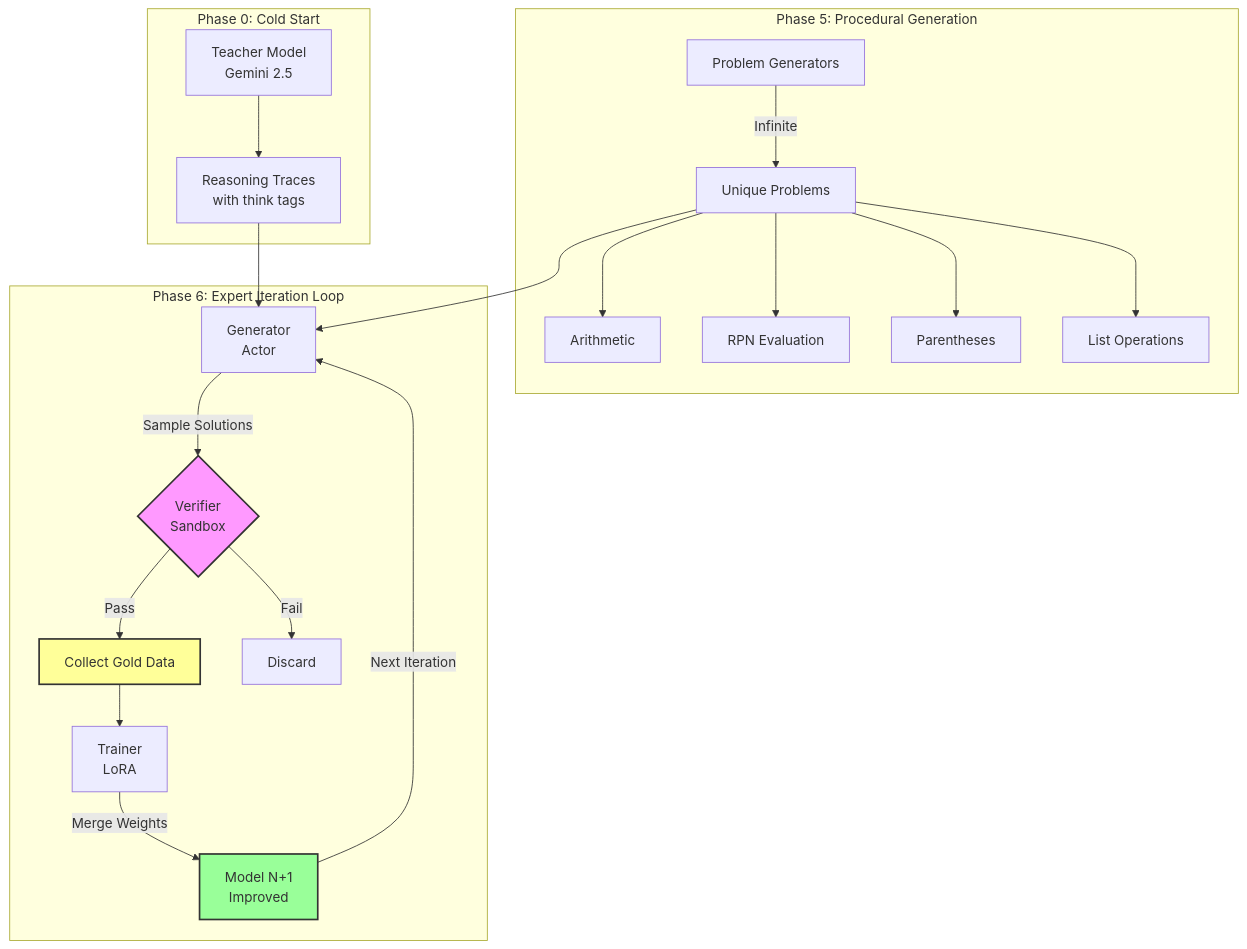
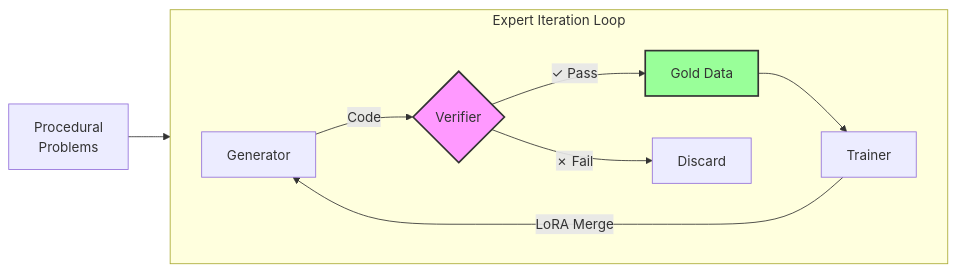
Before and after one commit to canivel/axiom-rl: the diagram in README.md, drawn with Mermaid.

Commit message:
Simplify architecture diagram to core loop
- Focus on Expert Iteration cycle: Generator → Verifier → Gold Data → Trainer
- Remove confusing phase subgraphs
- Left-to-right flow for clarity

🤖 Generated with [Claude Code](https://claude.com/claude-code)

````diff
--- a/README.md
+++ b/README.md
@@ -23,30 +23,16 @@
 ```mermaid
-graph TD
-    subgraph Phase0["Phase 0: Cold Start"]
-        T[Teacher Model<br/>Gemini 2.5] --> R[Reasoning Traces<br/>with think tags]
+graph LR
+    subgraph Loop["Expert Iteration Loop"]
+        direction LR
+        G[Generator] -->|Code| V{Verifier}
+        V -->|✓ Pass| D[Gold Data]
+        V -->|✗ Fail| X[Discard]
+        D --> T[Trainer]
+        T -->|LoRA Merge| G
     end
 
-    subgraph Phase5["Phase 5: Procedural Generation"]
-        P[Problem Generators] --> |Infinite| PROB[Unique Problems]
-        PROB --> AR[Arithmetic]
-        PROB --> RPN[RPN Evaluation]
-        PROB --> PAR[Parentheses]
-        PROB --> LIST[List Operations]
-    end
-
-    subgraph Phase6["Phase 6: Expert Iteration Loop"]
-        G[Generator<br/>Actor] --> |Sample Solutions| V{Verifier<br/>Sandbox}
-        V --> |Pass| GOLD[Collect Gold Data]
-        V --> |Fail| DISC[Discard]
-        GOLD --> TR[Trainer<br/>LoRA]
-        TR --> |Merge Weights| M[Model N+1<br/>Improved]
-        M --> |Next Iteration| G
-    end
-
-    R --> G
-    PROB --> G
+    P[Procedural<br/>Problems] --> G
 
     style V fill:#f9f,stroke:#333,stroke-width:2px
-    style M fill:#9f9,stroke:#333,stroke-width:2px
-    style GOLD fill:#ff9,stroke:#333,stroke-width:2px
+    style D fill:#9f9,stroke:#333,stroke-width:2px
 ```
````
